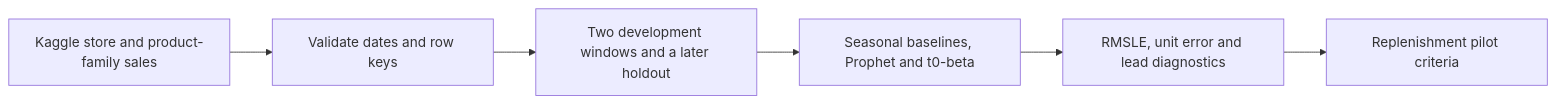
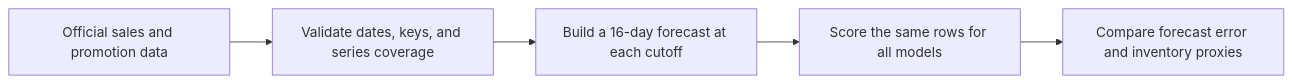
One commit to Simon-Yu-3/StoreSalesForecasting changed the diagram in README.md. Above: the diagram before and after it, drawn with Mermaid. The commit also changed other lines of this file and 1 other file, not shown here.

````diff
--- a/README.md
+++ b/README.md
@@ -36,8 +35,7 @@
-```mermaid
+~~~mermaid
 flowchart LR
-    raw["Kaggle store and product-family sales"] --> checks["Validate dates and row keys"]
-    checks --> windows["Two development windows and a later holdout"]
-    windows --> models["Seasonal baselines, Prophet and t0-beta"]
-    models --> results["RMSLE, unit error and lead diagnostics"]
-    results --> pilot["Replenishment pilot criteria"]
-```
+    a["Official sales and promotion data"] --> b["Validate dates, keys, and series coverage"]
+    b --> c["Build a 16-day forecast at each cutoff"]
+    c --> d["Score the same rows for all models"]
+    d --> e["Compare forecast error and inventory proxies"]
+~~~
````
